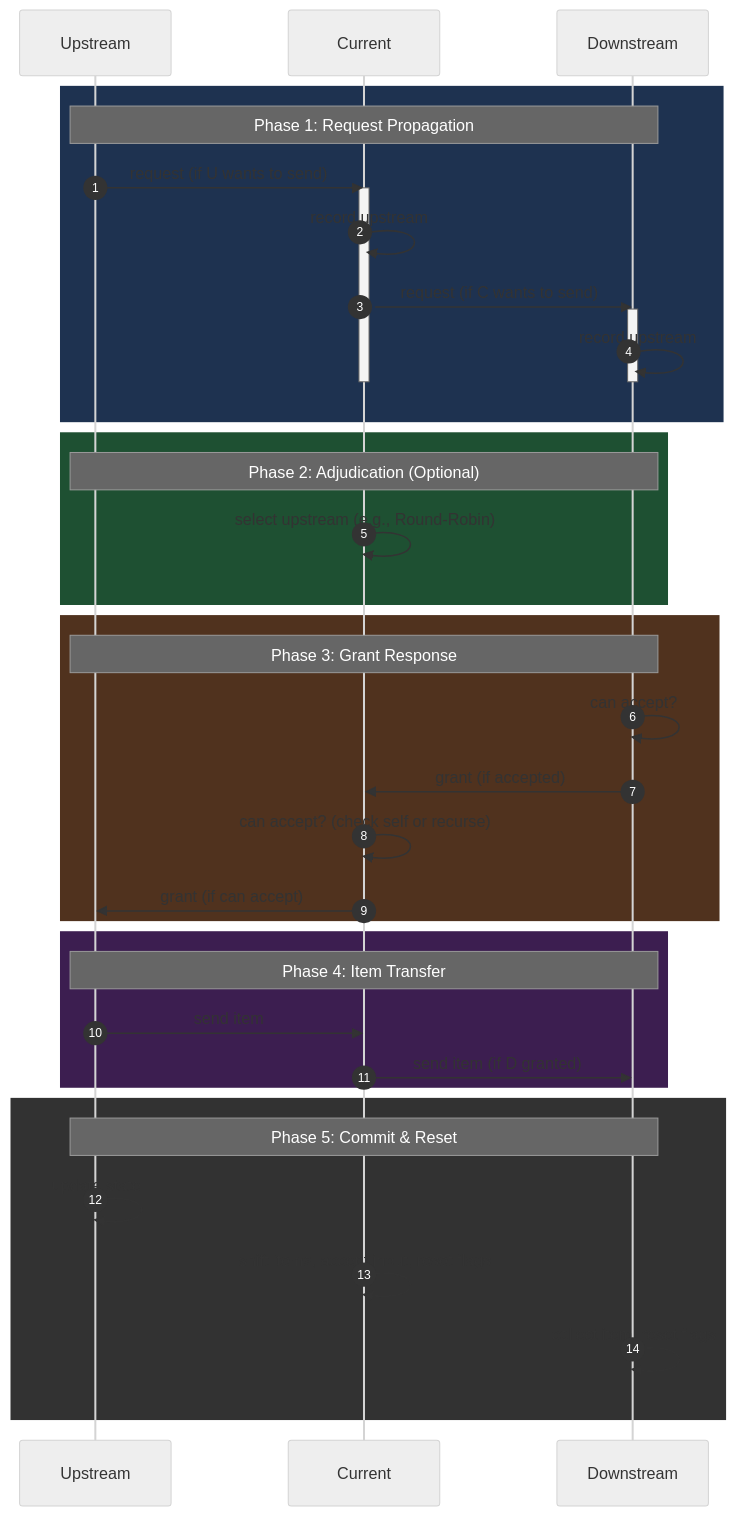
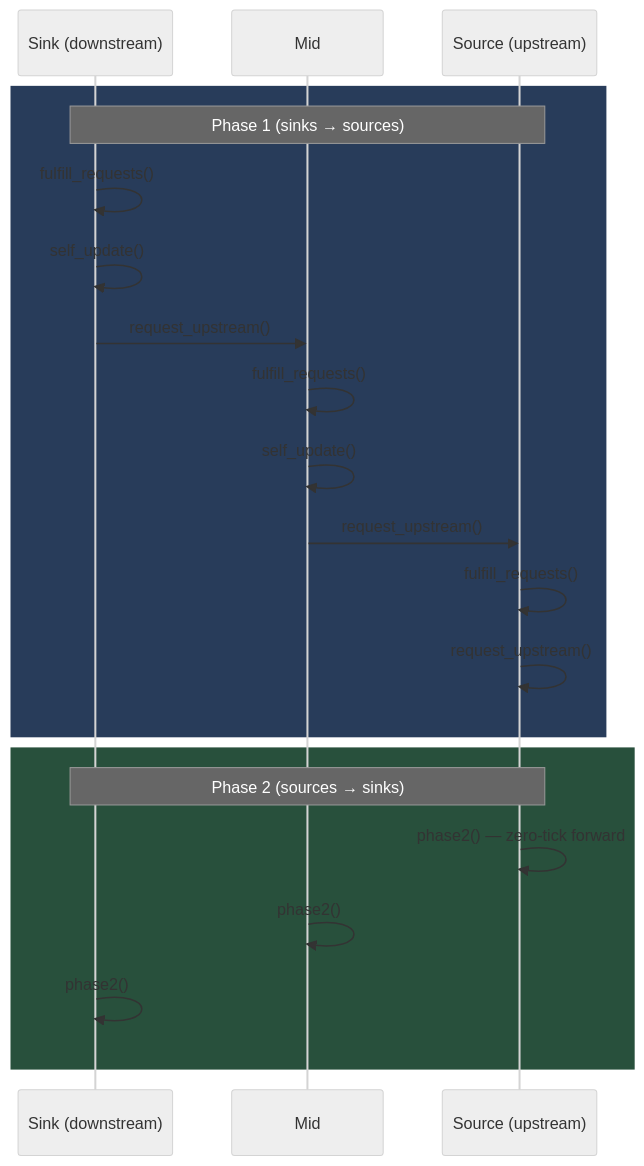
Before and after one commit to madSUNitist/endfield-AIC-simulation-v2: the third of 3 diagrams in README.md, drawn with Mermaid (neutral theme). The commit also changed other lines of this file and 105 other files, not shown here.

````diff
--- a/README.md
+++ b/README.md
@@ -5,45 +158,25 @@
 ```mermaid
 sequenceDiagram
-    autonumber
-    participant U as Upstream
-    participant C as Current
-    participant D as Downstream
+    participant Sink as Sink (downstream)
+    participant Mid as Mid
+    participant Src as Source (upstream)
 
-    rect rgb(30, 50, 80)
-        note over U,D: Phase 1: Request Propagation
-        U->>C: request (if U wants to send)
-        activate C
-        C->>C: record upstream
-        C->>D: request (if C wants to send)
-        activate D
-        D->>D: record upstream
-        deactivate D
-        deactivate C
+    rect rgb(40, 60, 90)
+        note over Sink,Src: Phase 1 (sinks → sources)
+        Sink->>Sink: fulfill_requests()
+        Sink->>Sink: self_update()
+        Sink->>Mid: request_upstream()
+        Mid->>Mid: fulfill_requests()
+        Mid->>Mid: self_update()
+        Mid->>Src: request_upstream()
+        Src->>Src: fulfill_requests()
+        Src->>Src: request_upstream()
     end
 
-    rect rgb(30, 80, 50)
-        note over U,D: Phase 2: Adjudication (Optional)
-        C->>C: select upstream (e.g., Round-Robin)
-    end
-
-    rect rgb(80, 50, 30)
-        note over U,D: Phase 3: Grant Response
-        D->>D: can accept?
-        D->>C: grant (if accepted)
-        C->>C: can accept? (check self or recurse)
-        C->>U: grant (if can accept)
-    end
-
-    rect rgb(60, 30, 80)
-        note over U,D: Phase 4: Item Transfer
-        U->>C: send item
-        C->>D: send item (if D granted)
-    end
-
-    rect rgb(50, 50, 50)
-        note over U,D: Phase 5: Commit & Reset
-        U->>U: update state
-        C->>C: shift items, accept input, reset flags
-        D->>D: collect item, reset flags
+    rect rgb(40, 80, 60)
+        note over Sink,Src: Phase 2 (sources → sinks)
+        Src->>Src: phase2() — zero-tick forward
+        Mid->>Mid: phase2()
+        Sink->>Sink: phase2()
     end
 ```
````
